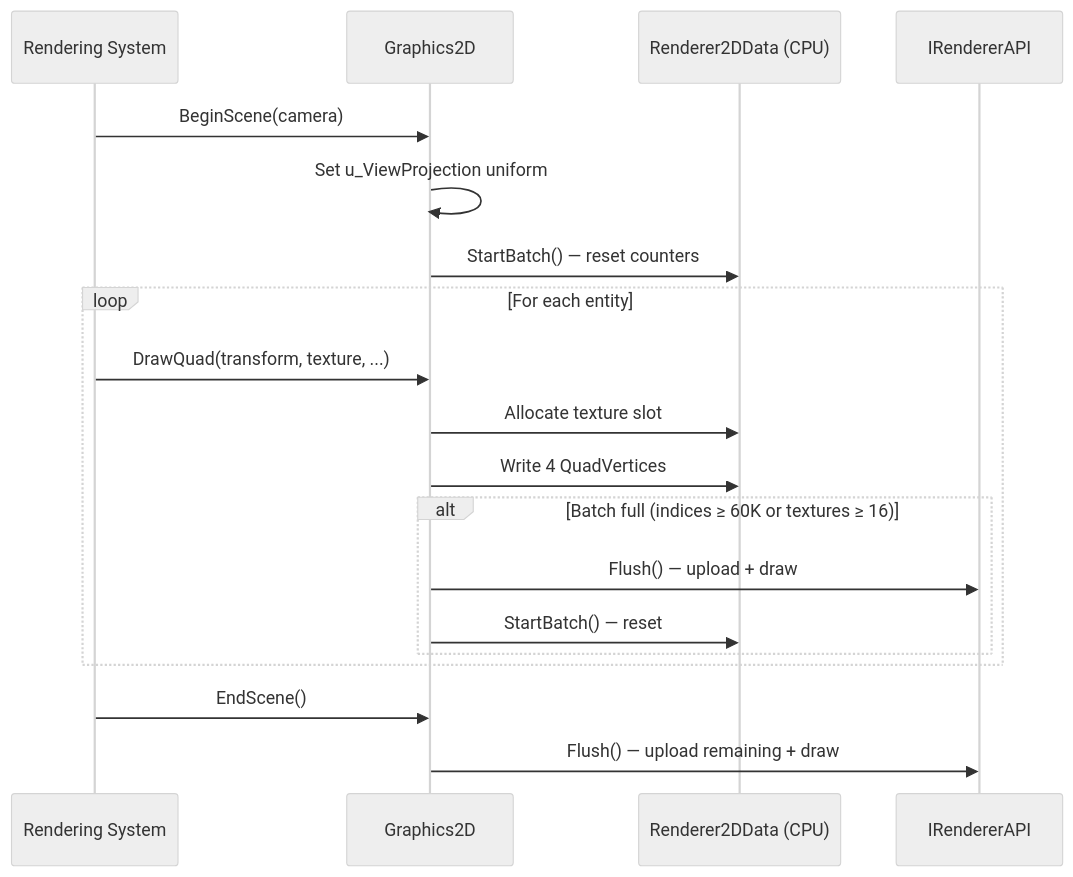
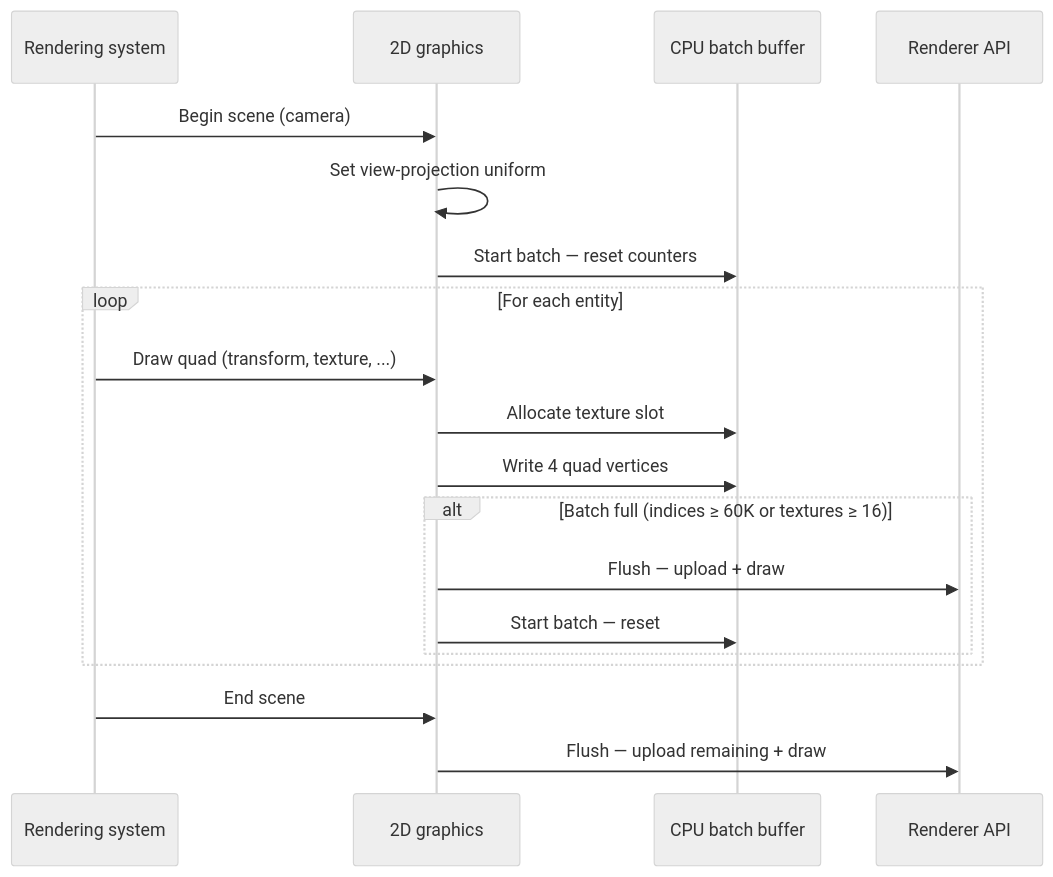
Before and after one commit to kateusz/GameEngine: the second of 5 diagrams in docs/architecture/rendering-pipeline.md, drawn with Mermaid (neutral theme). The commit also changed other lines of this file and 31 other files, not shown here.

````diff
--- a/docs/architecture/rendering-pipeline.md
+++ b/docs/architecture/rendering-pipeline.md
@@ -223,25 +197,25 @@
 ```mermaid
 sequenceDiagram
-    participant System as Rendering System
-    participant G2D as Graphics2D
-    participant Batch as Renderer2DData (CPU)
-    participant GPU as IRendererAPI
+    participant System as Rendering system
+    participant G2D as 2D graphics
+    participant Batch as CPU batch buffer
+    participant GPU as Renderer API
 
-    System->>G2D: BeginScene(camera)
-    G2D->>G2D: Set u_ViewProjection uniform
-    G2D->>Batch: StartBatch() — reset counters
+    System->>G2D: Begin scene (camera)
+    G2D->>G2D: Set view-projection uniform
+    G2D->>Batch: Start batch — reset counters
 
     loop For each entity
-        System->>G2D: DrawQuad(transform, texture, ...)
+        System->>G2D: Draw quad (transform, texture, ...)
         G2D->>Batch: Allocate texture slot
-        G2D->>Batch: Write 4 QuadVertices
+        G2D->>Batch: Write 4 quad vertices
 
         alt Batch full (indices ≥ 60K or textures ≥ 16)
-            G2D->>GPU: Flush() — upload + draw
-            G2D->>Batch: StartBatch() — reset
+            G2D->>GPU: Flush — upload + draw
+            G2D->>Batch: Start batch — reset
         end
     end
 
-    System->>G2D: EndScene()
-    G2D->>GPU: Flush() — upload remaining + draw
+    System->>G2D: End scene
+    G2D->>GPU: Flush — upload remaining + draw
 ```
````
